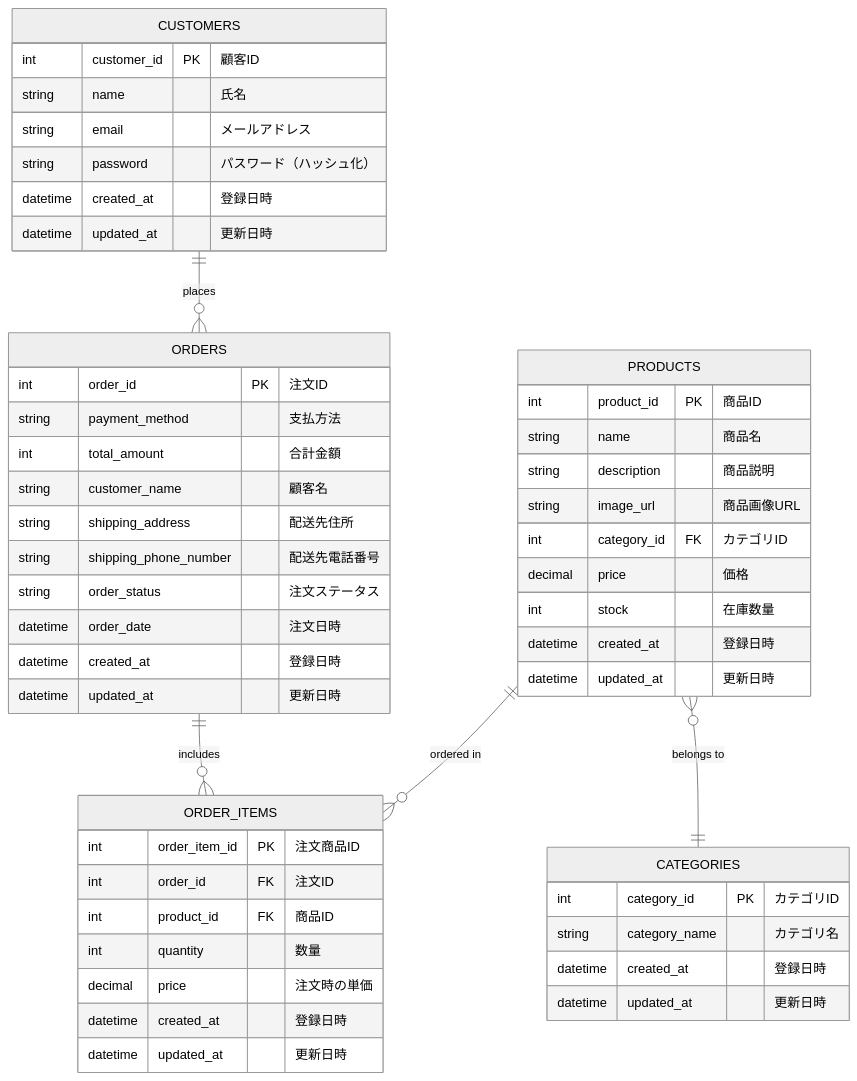
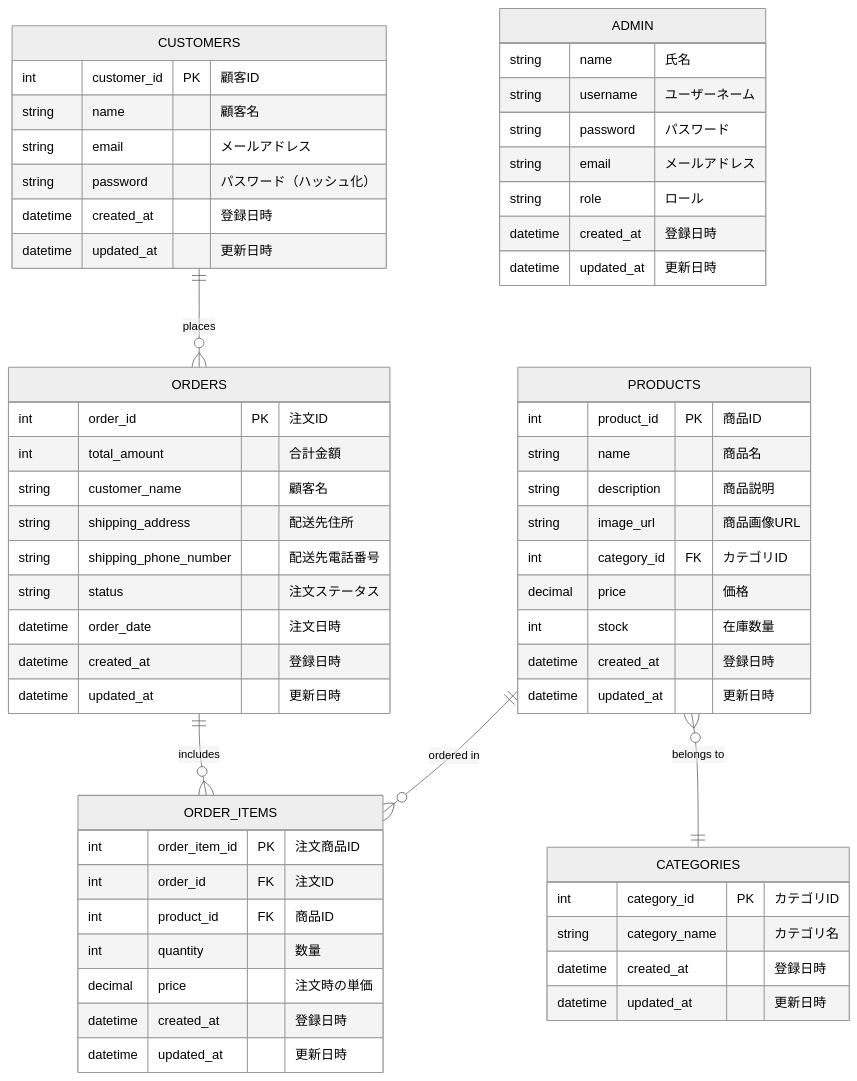
Diagram 12 of 13 in 詳細設計書/詳細設計書.md (Rikumt12/Popcorn), drawn with Mermaid (neutral theme) before and after one commit. The commit also changed other lines of this file, not shown here.

Commit message:
ER図

````diff
--- a/詳細設計書/詳細設計書.md
+++ b/詳細設計書/詳細設計書.md
@@ -1075,55 +1075,63 @@
 ```mermaid
 
 erDiagram
     CUSTOMERS ||--o{ ORDERS : "places"
     PRODUCTS }o--|| CATEGORIES : "belongs to"
     ORDERS ||--o{ ORDER_ITEMS : "includes"
     PRODUCTS ||--o{ ORDER_ITEMS : "ordered in"
 
     CUSTOMERS {
         int customer_id PK "顧客ID"
-        string name "氏名"
+        string name "顧客名"
         string email "メールアドレス"
         string password "パスワード（ハッシュ化）"
         datetime created_at "登録日時"
         datetime updated_at "更新日時"
     }
     PRODUCTS {
         int product_id PK "商品ID"
         string name "商品名"
         string description "商品説明"
         string image_url "商品画像URL"
         int category_id FK "カテゴリID"
         decimal price "価格"
         int stock "在庫数量"
         datetime created_at "登録日時"
         datetime updated_at "更新日時"
     }
     CATEGORIES {
         int category_id PK "カテゴリID"
         string category_name "カテゴリ名"
         datetime created_at "登録日時"
         datetime updated_at "更新日時"
     }
     ORDERS {
         int order_id PK "注文ID"
-        string payment_method "支払方法"
         int total_amount "合計金額"
         string customer_name "顧客名"
         string shipping_address "配送先住所"
         string shipping_phone_number "配送先電話番号"
-        string order_status "注文ステータス"
+        string status "注文ステータス"
         datetime order_date "注文日時"
         datetime created_at "登録日時"
         datetime updated_at "更新日時"
     }
     ORDER_ITEMS {
         int order_item_id PK "注文商品ID"
         int order_id FK "注文ID"
         int product_id FK "商品ID"
         int quantity "数量"
         decimal price "注文時の単価"
         datetime created_at "登録日時"
         datetime updated_at "更新日時"
     }
+    ADMIN {
+        string name "氏名"
+        string username "ユーザーネーム"
+        string password "パスワード"
+        string email "メールアドレス"
+        string role "ロール"
+        datetime created_at "登録日時"
+        datetime updated_at "更新日時"
+    }
 ```
````
